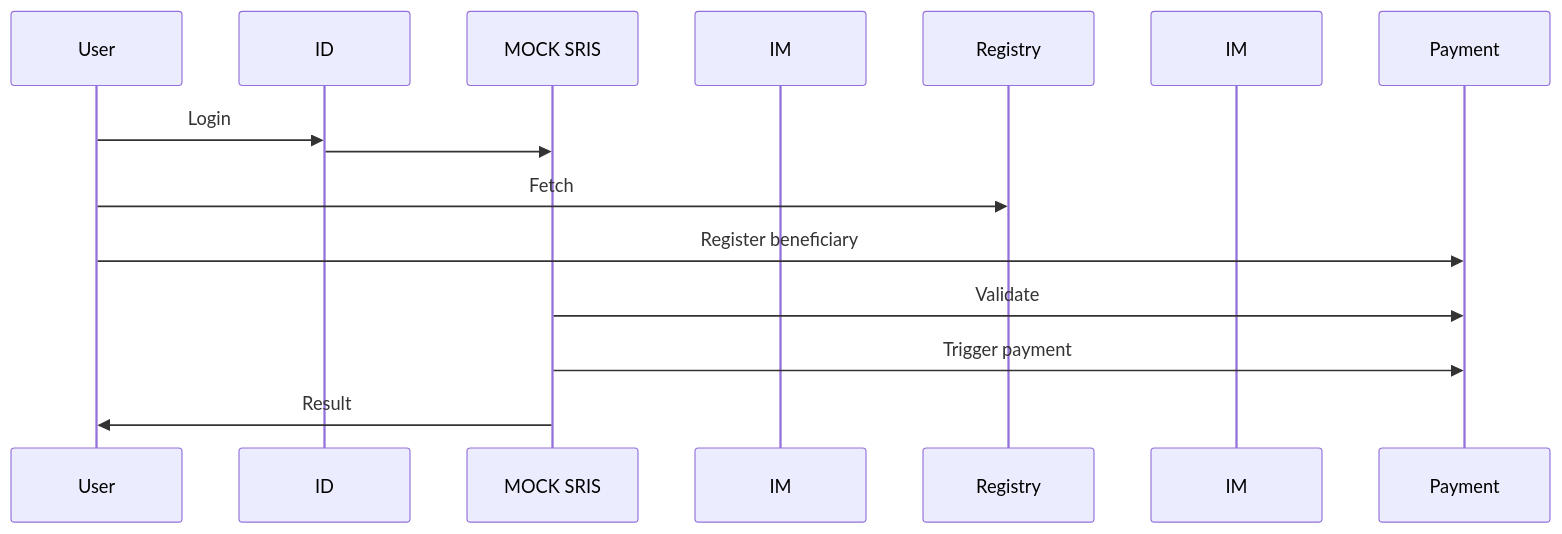
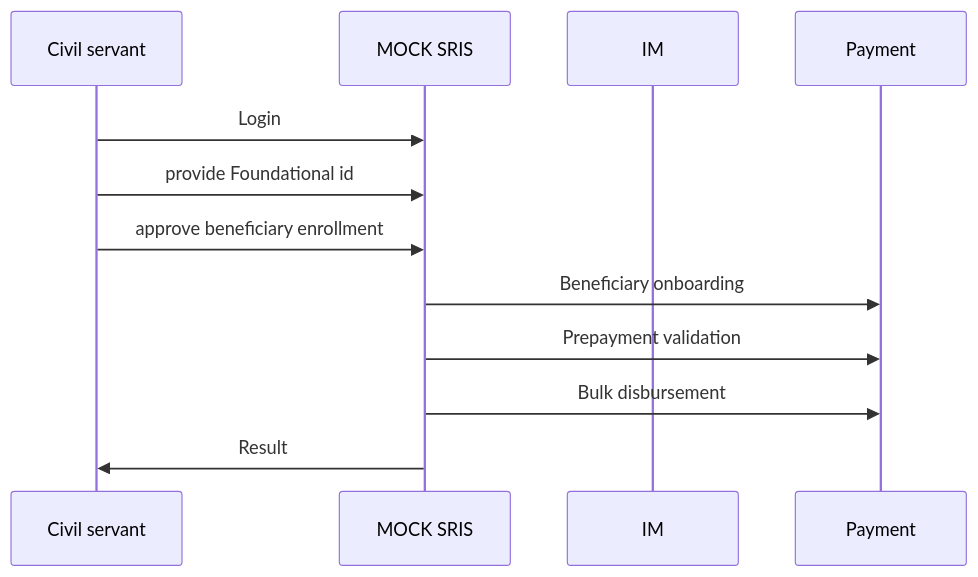
Before and after one commit to GovStackWorkingGroup/sandbox: the first of 2 diagrams in spec/happy-flow/backend.md, drawn with Mermaid. The commit also changed other lines of this file, not shown here.

Commit message:
Added minimal and happy minimal MVP

````diff
--- a/spec/happy-flow/backend.md
+++ b/spec/happy-flow/backend.md
@@ -267,15 +269,12 @@
 ```mermaid
 sequenceDiagram
 
-
-User ->> ID: Login
-ID ->> MOCK SRIS: 
+Civil servant ->> MOCK SRIS: Login
+Civil servant ->> MOCK SRIS: provide Foundational id
+Civil servant ->> MOCK SRIS: approve beneficiary enrollment
 participant im as IM
-User ->> Registry: Fetch
-participant im. as IM
-User ->> Payment: Register beneficiary
-MOCK SRIS ->> Payment: Validate
-MOCK SRIS ->> Payment: Trigger payment
-MOCK SRIS ->> User: Result
-
+MOCK SRIS ->> Payment: Beneficiary onboarding 
+MOCK SRIS ->> Payment: Prepayment validation 
+MOCK SRIS ->> Payment: Bulk disbursement
+MOCK SRIS ->> Civil servant: Result
 ```
````
